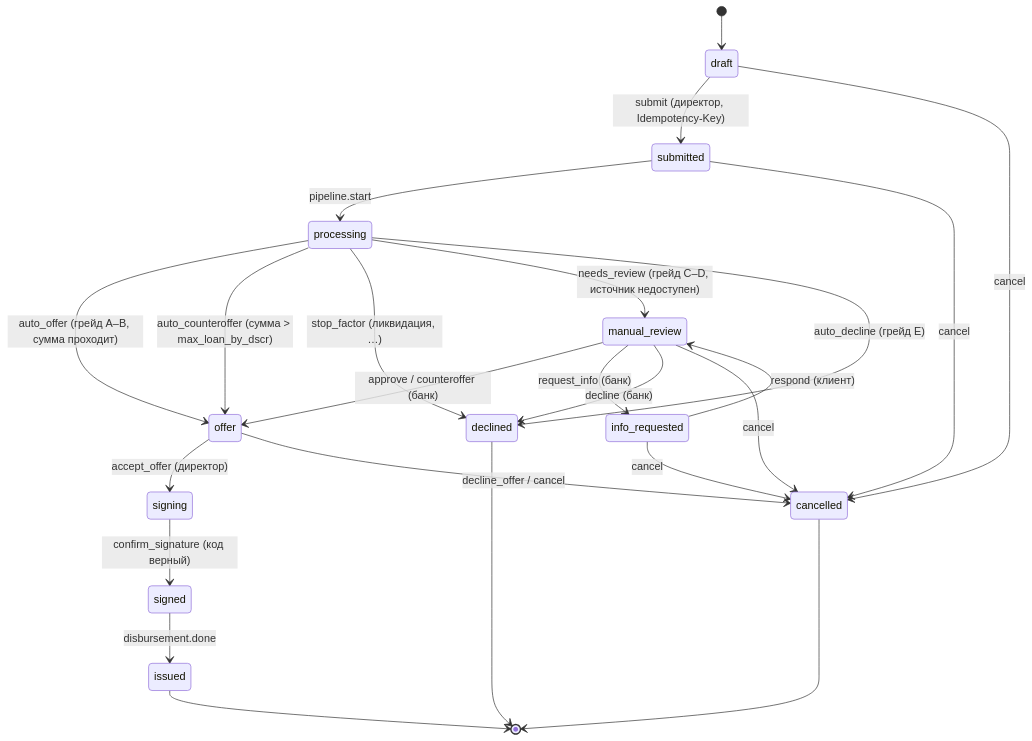
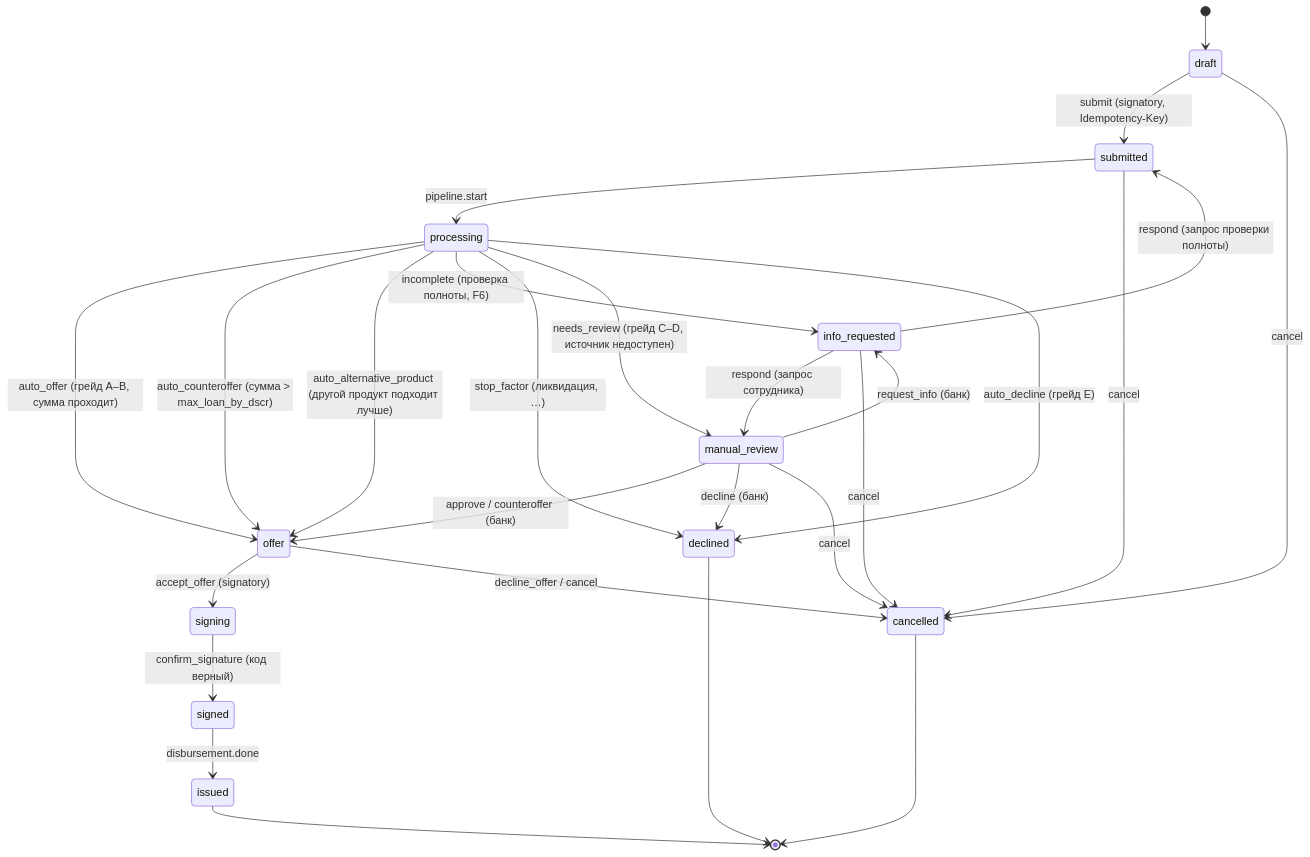
Before and after one commit to korol1dorogi/AFFASHPAK: the diagram in docs/state-machine.md, drawn with Mermaid. The commit also changed other lines of this file and 10 other files, not shown here.

````diff
--- a/docs/state-machine.md
+++ b/docs/state-machine.md
@@ -23,26 +23,29 @@
 ```mermaid
 stateDiagram-v2
     [*] --> draft
-    draft --> submitted: submit (директор, Idempotency-Key)
+    draft --> submitted: submit (signatory, Idempotency-Key)
     submitted --> processing: pipeline.start
     processing --> offer: auto_offer (грейд A–B, сумма проходит)
     processing --> offer: auto_counteroffer (сумма > max_loan_by_dscr)
+    processing --> offer: auto_alternative_product (другой продукт подходит лучше)
+    processing --> info_requested: incomplete (проверка полноты, F6)
     processing --> declined: stop_factor (ликвидация, …)
     processing --> manual_review: needs_review (грейд C–D, источник недоступен)
     processing --> declined: auto_decline (грейд E)
     manual_review --> offer: approve / counteroffer (банк)
     manual_review --> info_requested: request_info (банк)
     manual_review --> declined: decline (банк)
-    info_requested --> manual_review: respond (клиент)
-    offer --> signing: accept_offer (директор)
+    info_requested --> manual_review: respond (запрос сотрудника)
+    info_requested --> submitted: respond (запрос проверки полноты)
+    offer --> signing: accept_offer (signatory)
     signing --> signed: confirm_signature (код верный)
     signed --> issued: disbursement.done
     draft --> cancelled: cancel
     submitted --> cancelled: cancel
     manual_review --> cancelled: cancel
     info_requested --> cancelled: cancel
     offer --> cancelled: decline_offer / cancel
     issued --> [*]
     declined --> [*]
     cancelled --> [*]
 ```
````
